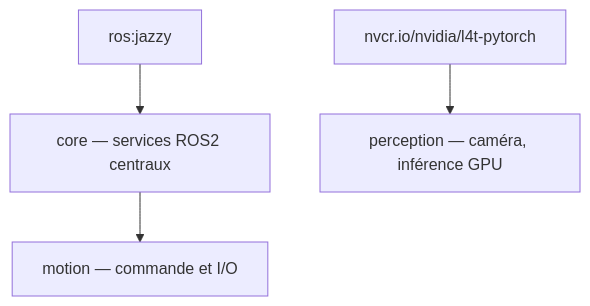
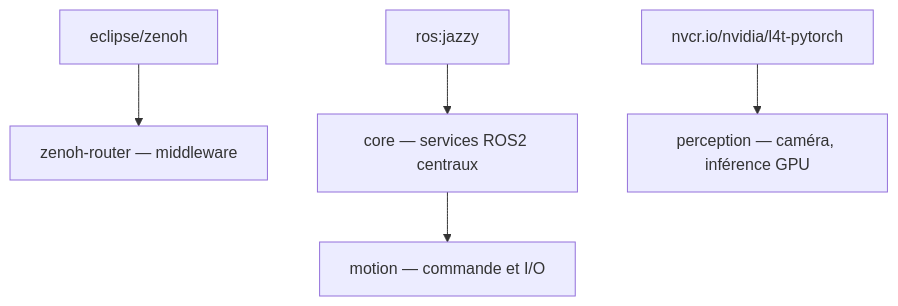
The diagram in docker/README.md (iobewi/r2bewi_sdk_manager), drawn with Mermaid before and after one commit. The commit also changed other lines of this file and 4 other files, not shown here.

Commit message:
feat(docker): ajouter image zenoh-router — middleware ROS2 distribué

````diff
--- a/docker/README.md
+++ b/docker/README.md
@@ -35,9 +36,10 @@
 ```mermaid
 graph TD
     JAZZY["ros:jazzy"]
     L4T["nvcr.io/nvidia/l4t-pytorch"]
 
+    ZENOH["eclipse/zenoh"] --> ROUTER["zenoh-router — middleware"]
     JAZZY --> CORE["core — services ROS2 centraux"]
     CORE --> MOTION["motion — commande et I/O"]
     L4T --> PERCEPTION["perception — caméra, inférence GPU"]
 ```
````
